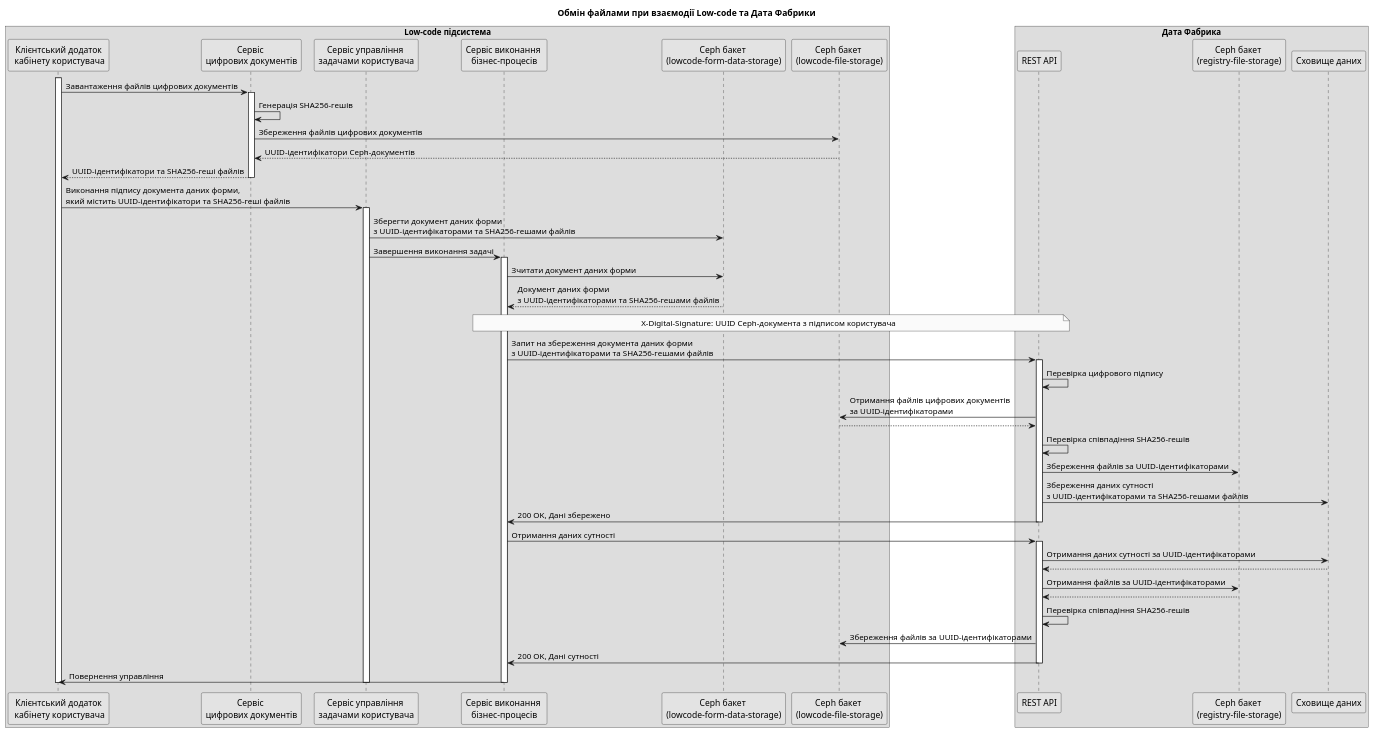
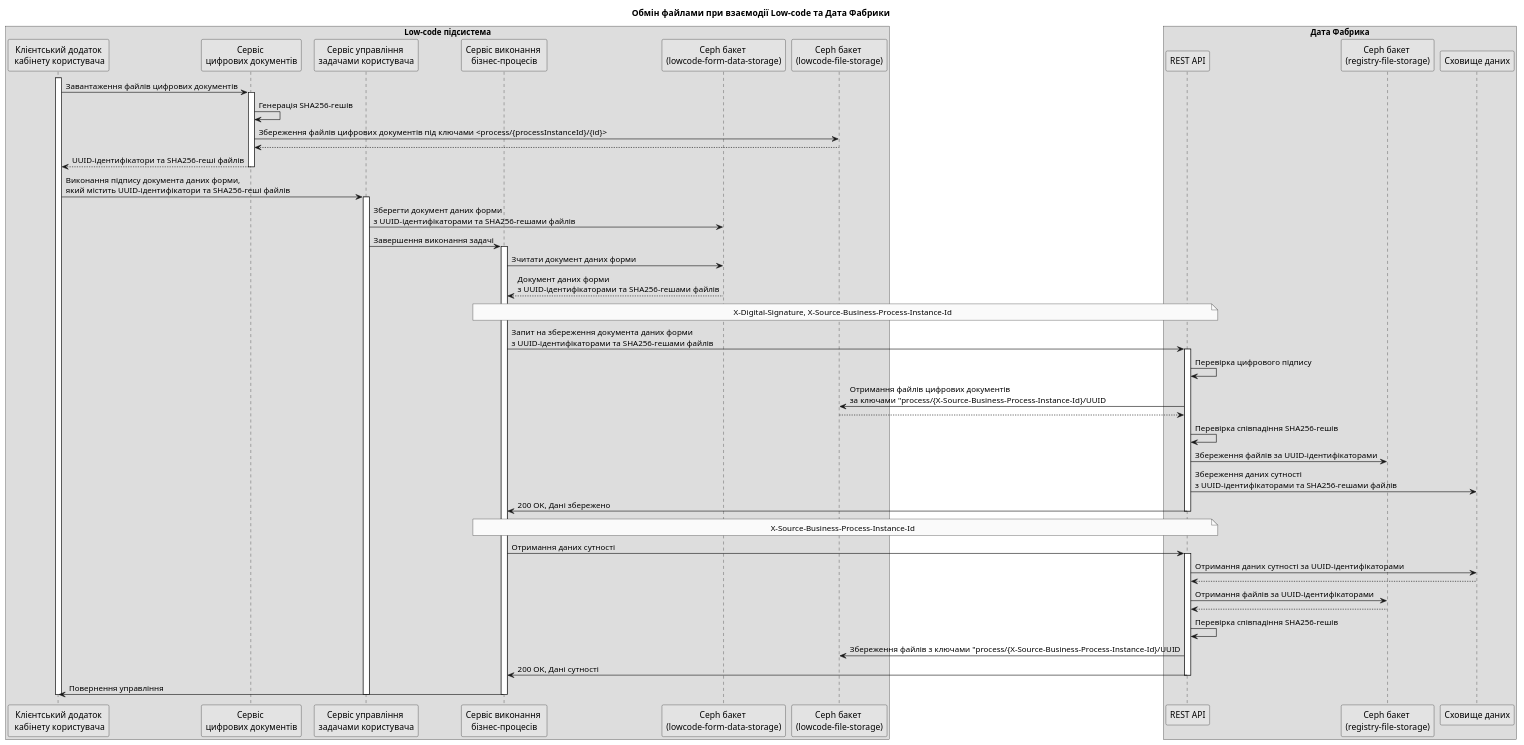
The diagram in modules/ROOT/partials/lowcode/digital-documents-exchange.puml (epam/edp-ddm-architecture), drawn with PlantUML before and after one commit. The commit also changed 5 other files, not shown here.

Commit message:
[MDTUDDM-7621] Digital documents service tech design

```diff
--- a/modules/ROOT/partials/lowcode/digital-documents-exchange.puml
+++ b/modules/ROOT/partials/lowcode/digital-documents-exchange.puml
@@ -1,65 +1,66 @@
 @startuml
 skinparam monochrome true
 skinparam responseMessageBelowArrow true
 
 box Low-code підсистема
   participant "Клієнтський додаток\n кабінету користувача" as cabinet
   participant "Сервіс \nцифрових документів" as digital_documents
   participant "Сервіс управління \nзадачами користувача" as user_task_mngmnt
   participant "Сервіс виконання \nбізнес-процесів" as bpms
   participant "Ceph бакет \n(lowcode-form-data-storage)" as lowcode_form_data_ceph
   participant "Ceph бакет \n(lowcode-file-storage)" as lowcode_file_ceph
 end box
 
 box Дата Фабрика
   participant "REST API" as data_factory
   participant "Ceph бакет \n(registry-file-storage)" as data_file_ceph
   participant "Сховище даних" as citus
 end box
 
 title Обмін файлами при взаємодії Low-code та Дата Фабрики
 
 activate cabinet
   cabinet -> digital_documents: Завантаження файлів цифрових документів
   activate digital_documents
     digital_documents -> digital_documents: Генерація SHA256-гешів
-    digital_documents -> lowcode_file_ceph: Збереження файлів цифрових документів
-    lowcode_file_ceph --> digital_documents: UUID-ідентифікатори Ceph-документів
+    digital_documents -> lowcode_file_ceph: Збереження файлів цифрових документів під ключами <process/{processInstanceId}/{id}>
+    lowcode_file_ceph --> digital_documents:
     digital_documents --> cabinet: UUID-ідентифікатори та SHA256-геші файлів
   deactivate digital_documents
 
   cabinet -> user_task_mngmnt: Виконання підпису документа даних форми, \nякий містить UUID-ідентифікатори та SHA256-геші файлів
   activate user_task_mngmnt
     user_task_mngmnt -> lowcode_form_data_ceph: Зберегти документ даних форми \nз UUID-ідентифікаторами та SHA256-гешами файлів
     user_task_mngmnt -> bpms: Завершення виконання задачі
     activate bpms
       bpms -> lowcode_form_data_ceph: Зчитати документ даних форми
       lowcode_form_data_ceph --> bpms: Документ даних форми \nз UUID-ідентифікаторами та SHA256-гешами файлів
-      note over bpms, data_factory: X-Digital-Signature: UUID Ceph-документа з підписом користувача
+      note over bpms, data_factory: X-Digital-Signature, X-Source-Business-Process-Instance-Id
       bpms -> data_factory: Запит на збереження документа даних форми \nз UUID-ідентифікаторами та SHA256-гешами файлів
       activate data_factory
         data_factory -> data_factory: Перевірка цифрового підпису
-        data_factory -> lowcode_file_ceph: Отримання файлів цифрових документів \nза UUID-ідентифікаторами
+        data_factory -> lowcode_file_ceph: Отримання файлів цифрових документів \nза ключами "process/{X-Source-Business-Process-Instance-Id}/UUID
         lowcode_file_ceph --> data_factory
         data_factory -> data_factory: Перевірка співпадіння SHA256-гешів
         data_factory -> data_file_ceph: Збереження файлів за UUID-ідентифікаторами
         data_factory -> citus: Збереження даних сутності \nз UUID-ідентифікаторами та SHA256-гешами файлів
         data_factory -> bpms: 200 OK, Дані збережено
       deactivate data_factory
 
+      note over bpms, data_factory: X-Source-Business-Process-Instance-Id
       bpms -> data_factory: Отримання даних сутності
       activate data_factory
         data_factory -> citus: Отримання даних сутності за UUID-ідентифікаторами
         citus --> data_factory
         data_factory -> data_file_ceph: Отримання файлів за UUID-ідентифікаторами
         data_file_ceph --> data_factory
         data_factory -> data_factory: Перевірка співпадіння SHA256-гешів
-        data_factory -> lowcode_file_ceph: Збереження файлів за UUID-ідентифікаторами
+        data_factory -> lowcode_file_ceph: Збереження файлів з ключами "process/{X-Source-Business-Process-Instance-Id}/UUID
         data_factory -> bpms: 200 OK, Дані сутності
       deactivate data_factory
       bpms -> cabinet: Повернення управління
     deactivate bpms
   deactivate user_task_mngmnt
 deactivate cabinet
 
 @enduml
```
